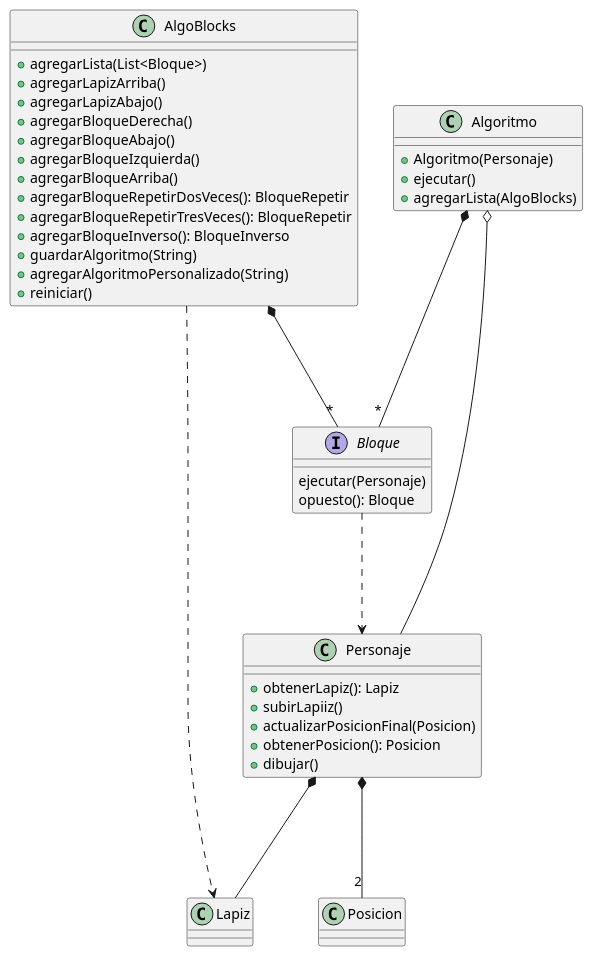
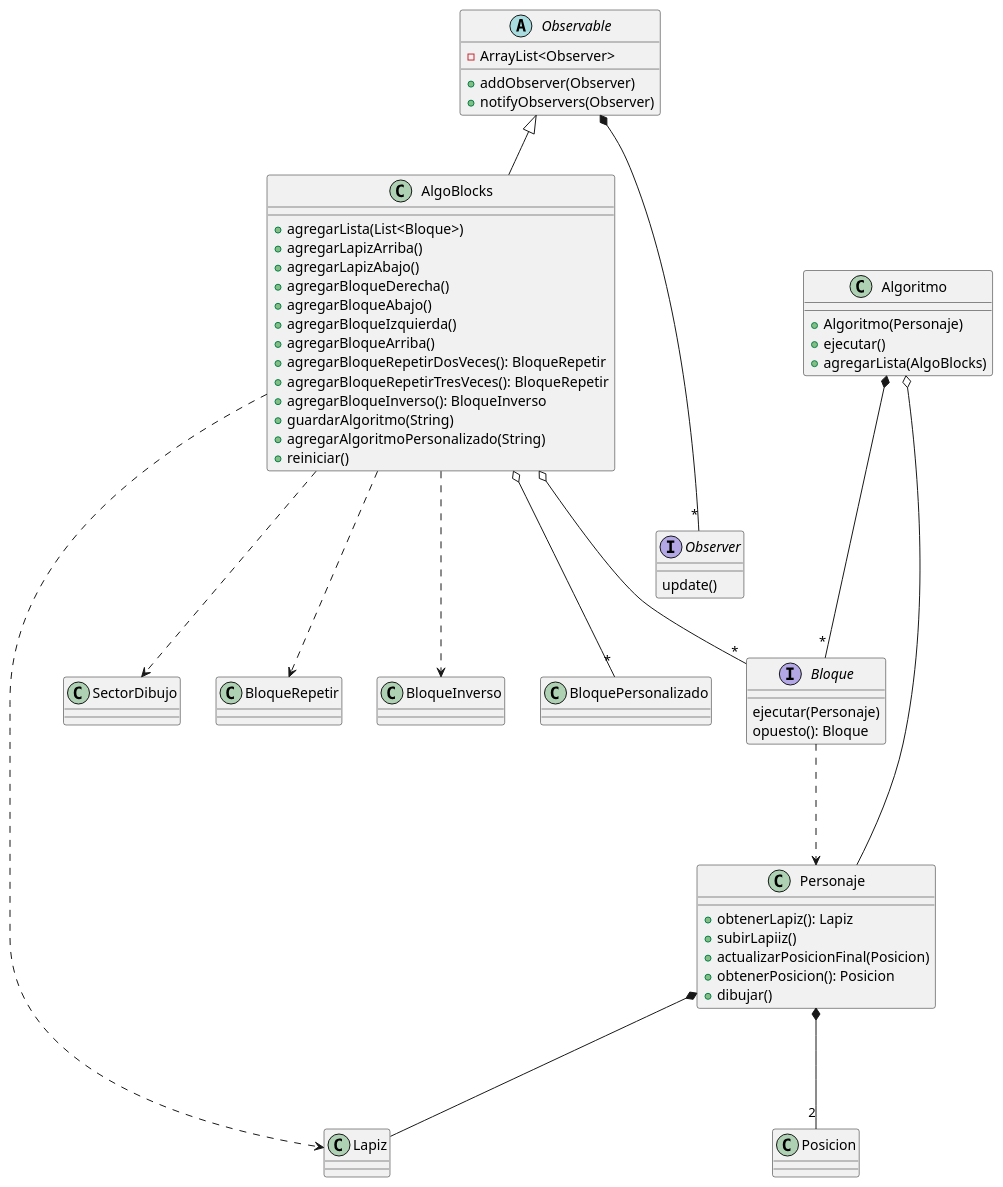
One commit to trinibucc/TP2-AlgoBlocks changed the diagram in Diagramas UML/Clases/AlgoBlocks, Algoritmo y Personaje.puml. Above: the diagram before and after it, drawn with PlantUML. The commit also changed 7 other files, not shown here.

Commit message:
Actualize diagramas de clases.

```diff
--- a/Diagramas UML/Clases/AlgoBlocks, Algoritmo y Personaje.puml
+++ b/Diagramas UML/Clases/AlgoBlocks, Algoritmo y Personaje.puml
@@ -1,45 +1,59 @@
 @startuml
+abstract class Observable{
+    - ArrayList<Observer>
+    + addObserver(Observer)
+    + notifyObservers(Observer)
+}
+Observable *--- "*" Observer
 
-class AlgoBlocks{
+interface Observer{
+    update()
+}
+
+class AlgoBlocks extends Observable{
     + agregarLista(List<Bloque>)
     + agregarLapizArriba()
     + agregarLapizAbajo()
     + agregarBloqueDerecha()
     + agregarBloqueAbajo()
     + agregarBloqueIzquierda()
     + agregarBloqueArriba()
     + agregarBloqueRepetirDosVeces(): BloqueRepetir
     + agregarBloqueRepetirTresVeces(): BloqueRepetir
     + agregarBloqueInverso(): BloqueInverso
     + guardarAlgoritmo(String)
     + agregarAlgoritmoPersonalizado(String)
     + reiniciar()
 }
-AlgoBlocks *--- "*" Bloque
-AlgoBlocks ....> Lapiz
+AlgoBlocks o--- "*" Bloque
+AlgoBlocks o--- "*" BloquePersonalizado
+AlgoBlocks ...> Lapiz
+AlgoBlocks ...> SectorDibujo
+AlgoBlocks ...> BloqueRepetir
+AlgoBlocks ...> BloqueInverso
 
 interface Bloque{
     ejecutar(Personaje)
     opuesto(): Bloque
 }
 
 Bloque ...> Personaje
 
 class Personaje{
     + obtenerLapiz(): Lapiz
     + subirLapiiz()
     + actualizarPosicionFinal(Posicion)
     + obtenerPosicion(): Posicion
     + dibujar()
 }
 Personaje *--- "2"Posicion
 Personaje *--- Lapiz
 
 class Algoritmo{
      + Algoritmo(Personaje)
      + ejecutar()
      + agregarLista(AlgoBlocks)
 }
 Algoritmo *--- "*" Bloque
 Algoritmo o--- Personaje
 @enduml
```
